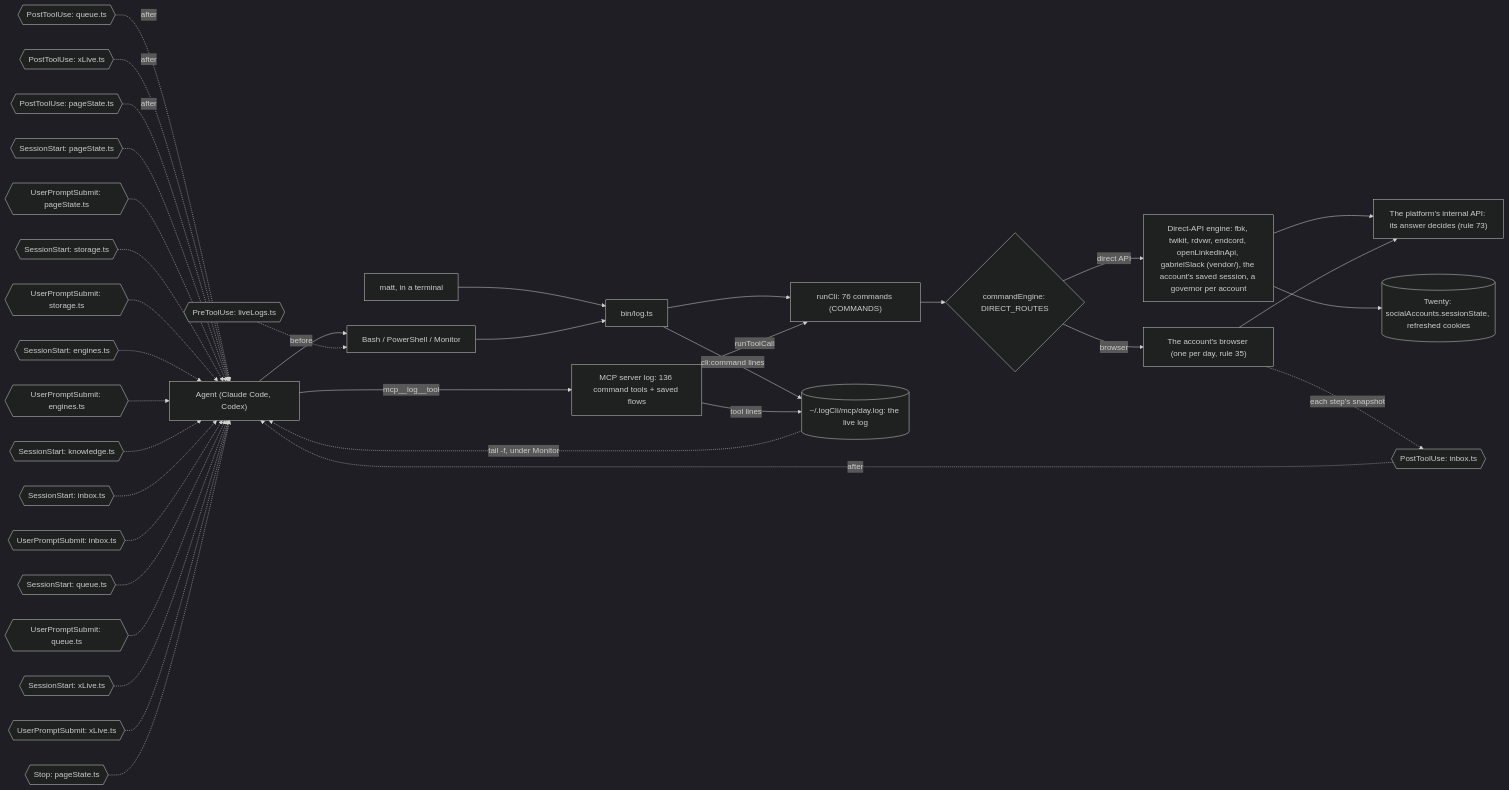
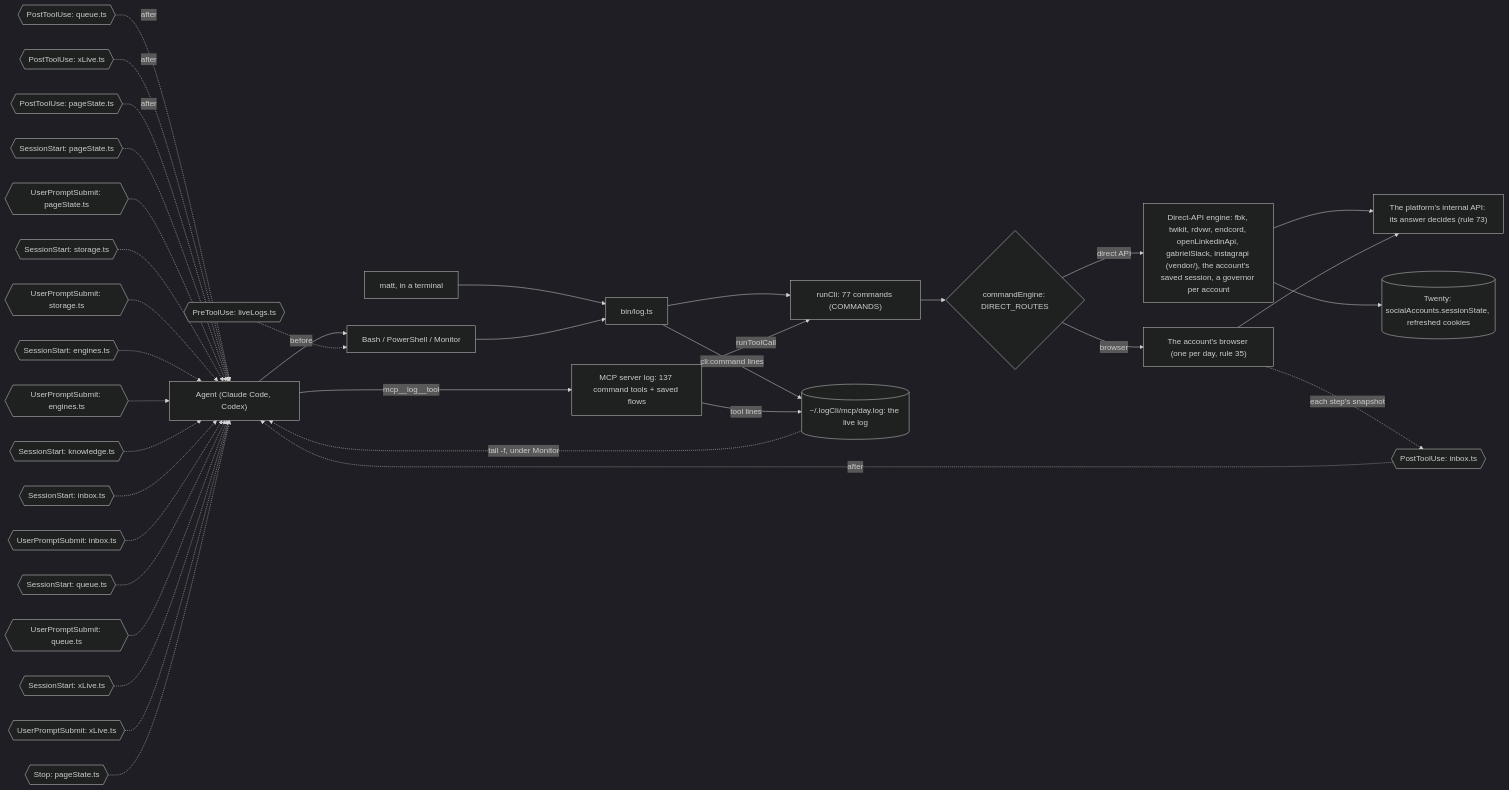
One commit to matthewdonsemail-lab/log changed the third of 6 diagrams in docs/reference.md. Above: the diagram before and after it, drawn with Mermaid (dark theme). The commit also changed other lines of this file and 120 other files, not shown here.

Commit message:
feat: Instagram is a platform, its session checked through vendored instagrapi over curl_cffi

````diff
--- a/docs/reference.md
+++ b/docs/reference.md
@@ -164,50 +175,50 @@
 ```mermaid
 flowchart LR
   agent["Agent (Claude Code, Codex)"]
   matt["matt, in a terminal"]
   shell["Bash / PowerShell / Monitor"]
-  mcp["MCP server log: 136 command tools + saved flows"]
+  mcp["MCP server log: 137 command tools + saved flows"]
   bin["bin/log.ts"]
-  runCli["runCli: 76 commands (COMMANDS)"]
+  runCli["runCli: 77 commands (COMMANDS)"]
   live[("~/.logCli/mcp/day.log: the live log")]
   engine{"commandEngine: DIRECT_ROUTES"}
-  direct["Direct-API engine: fbk, twikit, rdvwr, endcord, openLinkedinApi, gabrielSlack (vendor/), the account's saved session, a governor per account"]
+  direct["Direct-API engine: fbk, twikit, rdvwr, endcord, openLinkedinApi, gabrielSlack, instagrapi (vendor/), the account's saved session, a governor per account"]
   browser["The account's browser (one per day, rule 35)"]
   api["The platform's internal API: its answer decides (rule 73)"]
   twenty[("Twenty: socialAccounts.sessionState, refreshed cookies")]
   agent --> shell
   matt --> bin
   shell --> bin
   agent -->|mcp__log__tool| mcp
   bin --> runCli
   mcp -->|runToolCall| runCli
   runCli --> engine
   engine -->|direct API| direct
   engine -->|browser| browser
   direct --> api
   browser --> api
   direct --> twenty
   bin -->|cli:command lines| live
   mcp -->|tool lines| live
   live -.->|tail -f, under Monitor| agent
   pre0{{"PreToolUse: liveLogs.ts"}} -.->|before| shell
   post0{{"PostToolUse: inbox.ts"}} -.->|after| agent
   post1{{"PostToolUse: queue.ts"}} -.->|after| agent
   post2{{"PostToolUse: xLive.ts"}} -.->|after| agent
   post3{{"PostToolUse: pageState.ts"}} -.->|after| agent
   turn0{{"SessionStart: pageState.ts"}} -.-> agent
   turn1{{"UserPromptSubmit: pageState.ts"}} -.-> agent
   turn2{{"SessionStart: storage.ts"}} -.-> agent
   turn3{{"UserPromptSubmit: storage.ts"}} -.-> agent
   turn4{{"SessionStart: engines.ts"}} -.-> agent
   turn5{{"UserPromptSubmit: engines.ts"}} -.-> agent
   turn6{{"SessionStart: knowledge.ts"}} -.-> agent
   turn7{{"SessionStart: inbox.ts"}} -.-> agent
   turn8{{"UserPromptSubmit: inbox.ts"}} -.-> agent
   turn9{{"SessionStart: queue.ts"}} -.-> agent
   turn10{{"UserPromptSubmit: queue.ts"}} -.-> agent
   turn11{{"SessionStart: xLive.ts"}} -.-> agent
   turn12{{"UserPromptSubmit: xLive.ts"}} -.-> agent
   turn13{{"Stop: pageState.ts"}} -.-> agent
   browser -.->|each step's snapshot| post0
 ```
````
